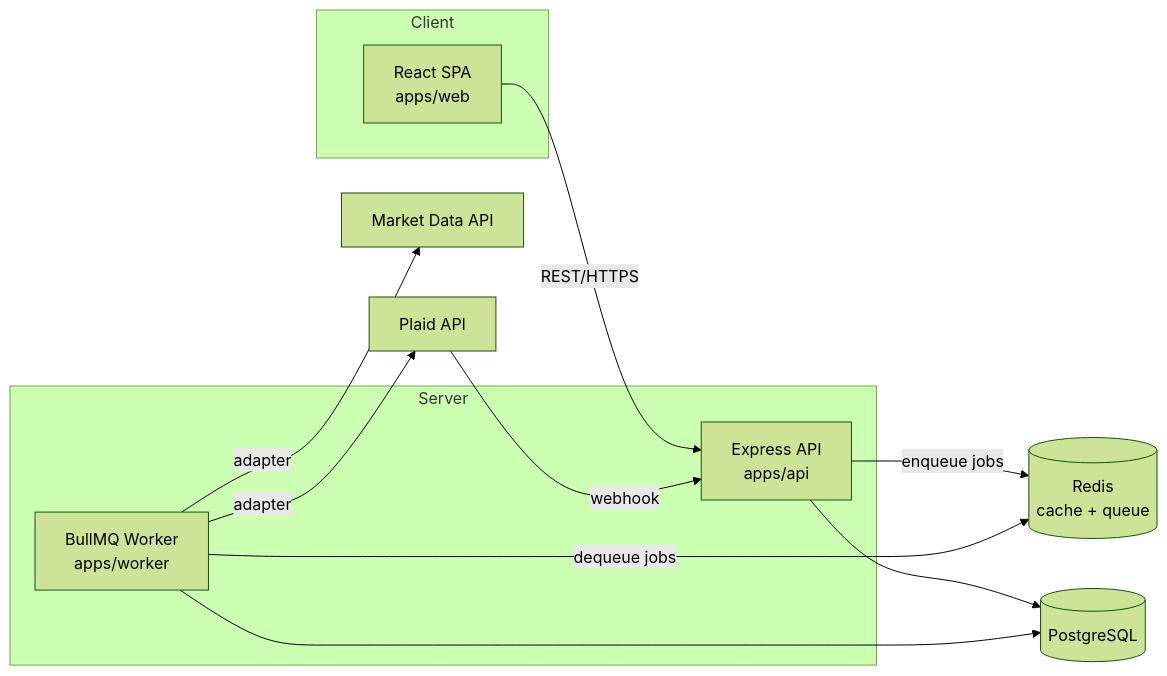
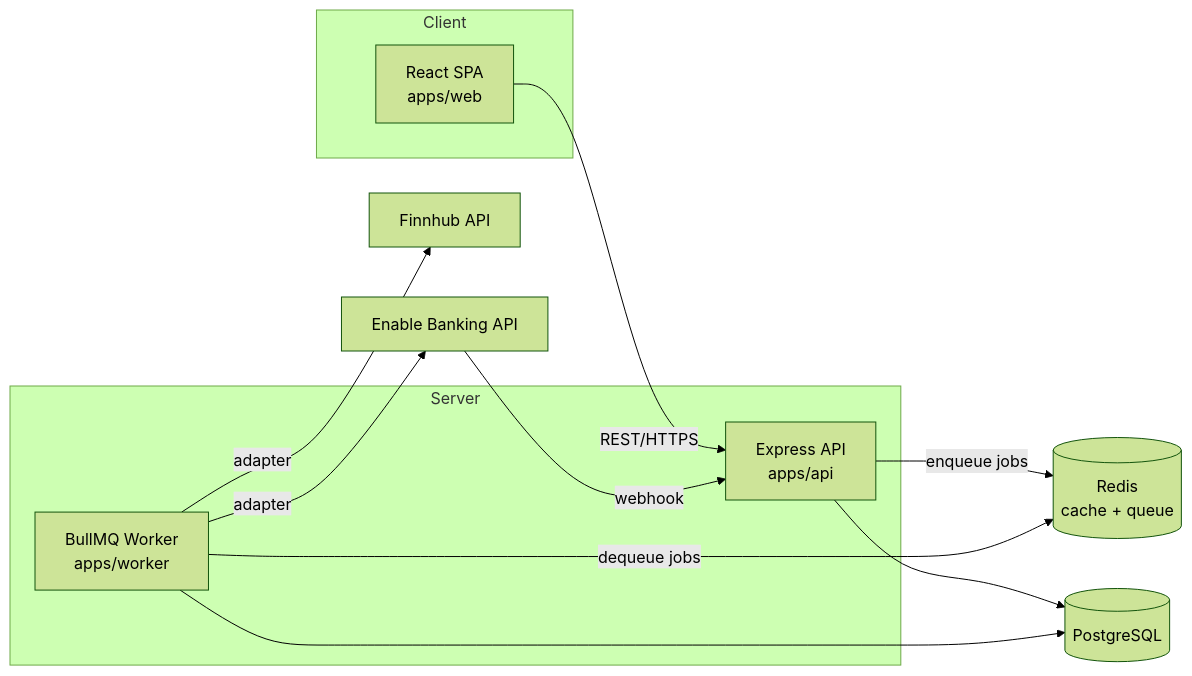
One commit to shawnnnguyen/tsunade changed the diagram in docs/architecture.md. Above: the diagram before and after it, drawn with Mermaid (forest theme). The commit also changed other lines of this file and 3 other files, not shown here.

Commit message:
docs: rename Plaid to Enable Banking, Finnhub, exchangerate.host

````diff
--- a/docs/architecture.md
+++ b/docs/architecture.md
@@ -24,26 +24,26 @@
 ```mermaid
 flowchart LR
     subgraph Client
         web[React SPA<br/>apps/web]
     end
 
     subgraph Server
         api[Express API<br/>apps/api]
         worker[BullMQ Worker<br/>apps/worker]
     end
 
     pg[(PostgreSQL)]
     redis[(Redis<br/>cache + queue)]
 
-    plaid[Plaid API]
-    market[Market Data API]
+    enablebanking[Enable Banking API]
+    market[Finnhub API]
 
     web -->|REST/HTTPS| api
     api --> pg
     api -->|enqueue jobs| redis
     worker -->|dequeue jobs| redis
     worker --> pg
-    worker -->|adapter| plaid
+    worker -->|adapter| enablebanking
     worker -->|adapter| market
-    plaid -->|webhook| api
+    enablebanking -->|webhook| api
 ```
````
